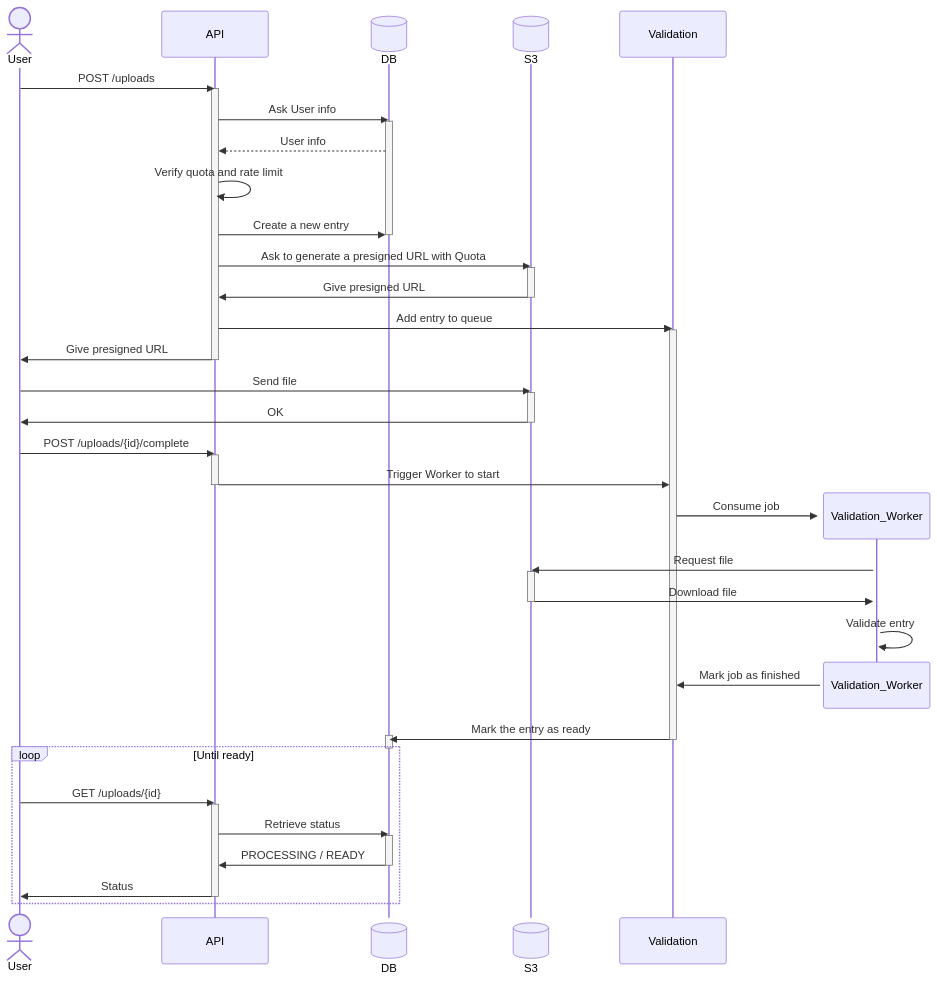
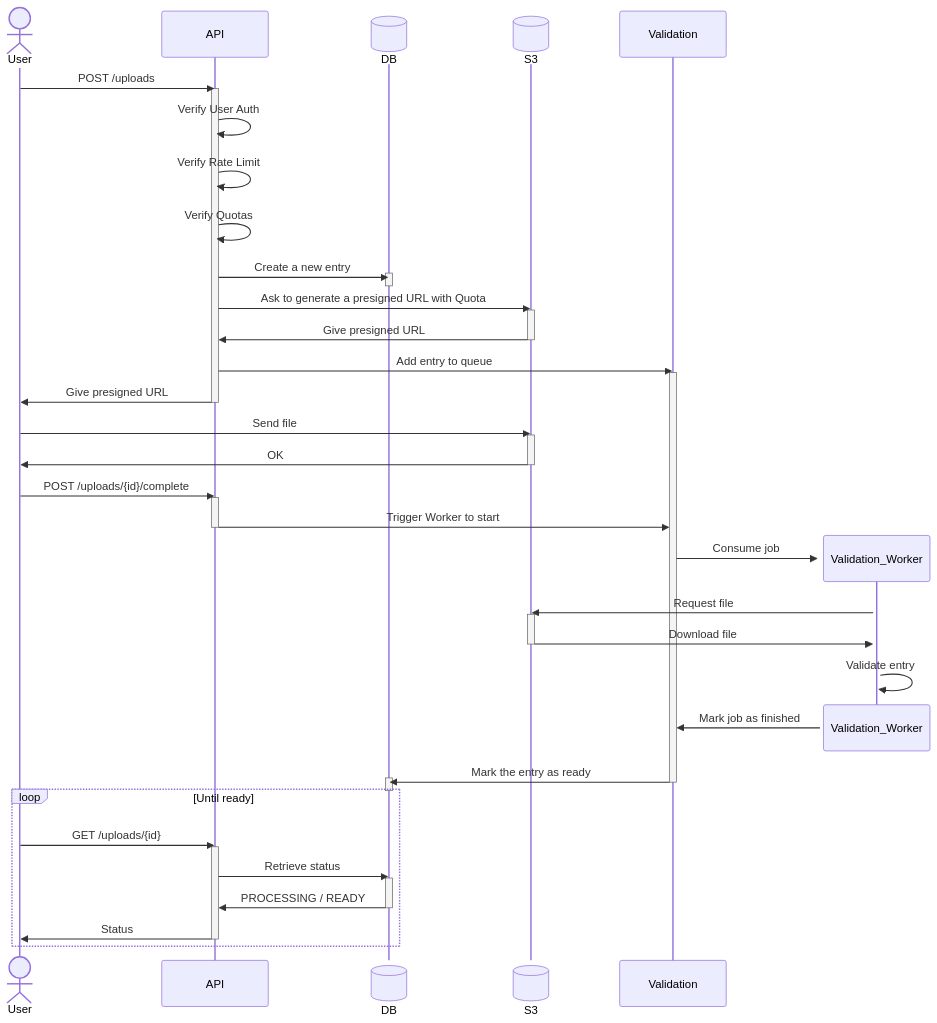
Before and after one commit to Raiders-io/Transcendence: the second of 2 diagrams in ObjectStorage/Arch/arch.md, drawn with Mermaid. The commit also changed other lines of this file and 8 other files, not shown here.

````diff
--- a/ObjectStorage/Arch/arch.md
+++ b/ObjectStorage/Arch/arch.md
@@ -40,56 +42,56 @@
 ```mermaid
 sequenceDiagram
     actor User
     participant API_object as API
     participant DB@{ "type" : "database" }
     participant S3@{ "type" : "database" }
     participant Validation
     User->>API_object: POST /uploads
     activate API_object
-    API_object->>DB: Ask User info
+    API_object->>API_object: Verify User Auth
+    API_object->>API_object: Verify Rate Limit
+    API_object->>API_object: Verify Quotas
+    API_object->>DB: Create a new entry
     activate DB
-    DB-->>API_object: User info
-    API_object->>API_object: Verify quota and rate limit
-    API_object->>DB: Create a new entry
     deactivate DB
     API_object->>S3: Ask to generate a presigned URL with Quota
     activate S3
     S3->>API_object: Give presigned URL
     deactivate S3
     API_object->>Validation: Add entry to queue
     activate Validation
     API_object->>User: Give presigned URL
     deactivate API_object
         activate Validation_Worker
         User->>S3: Send file
         activate S3
         S3->>User: OK
         deactivate S3
         User->>API_object: POST /uploads/{id}/complete
         activate API_object
         API_object->>Validation: Trigger Worker to start
         deactivate API_object
     create participant Validation_Worker
         Validation->>Validation_Worker: Consume job
         Validation_Worker->>S3: Request file
         activate S3
         S3->>Validation_Worker: Download file
         deactivate S3
         Validation_Worker->>Validation_Worker: Validate entry
         destroy Validation_Worker
         Validation_Worker->>Validation: Mark job as finished
     Validation->>DB: Mark the entry as ready
     deactivate Validation
     activate DB
     deactivate DB
     loop Until ready
         User->>API_object: GET /uploads/{id}
         activate API_object
         API_object->>DB: Retrieve status
         activate DB
         DB->>API_object: PROCESSING / READY
         deactivate DB
         API_object->>User: Status
         deactivate API_object
     end
 ```
````
